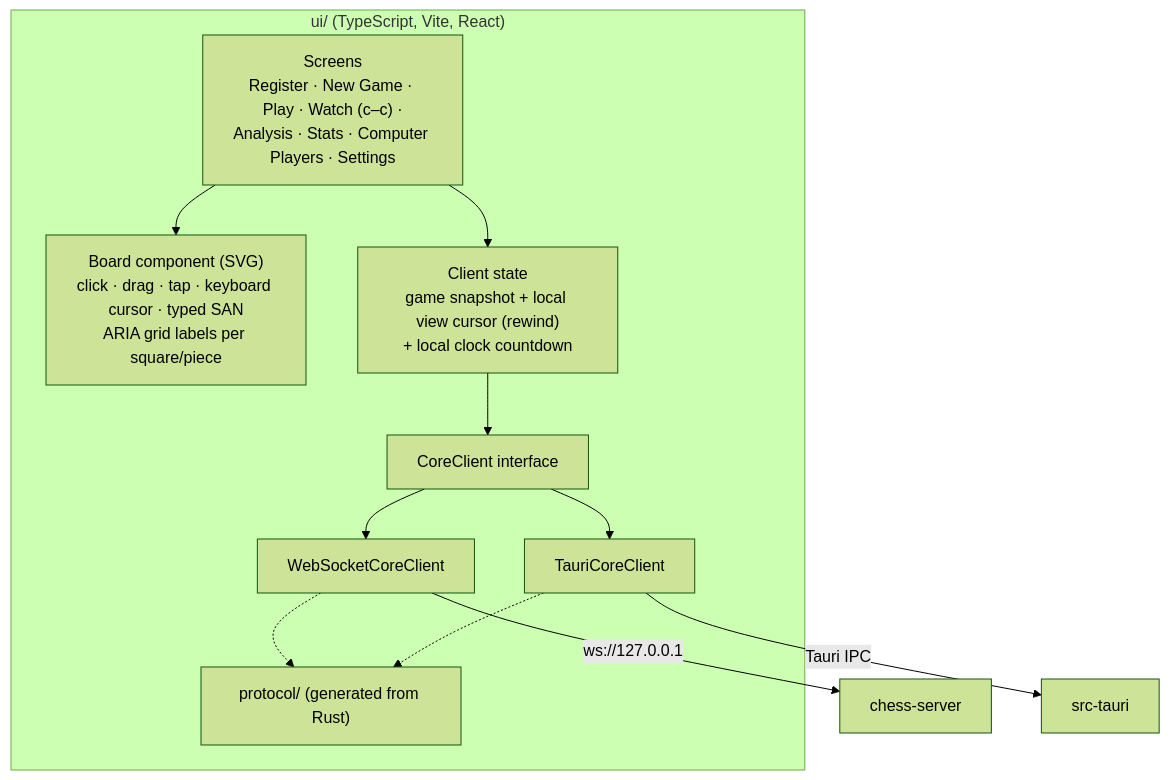
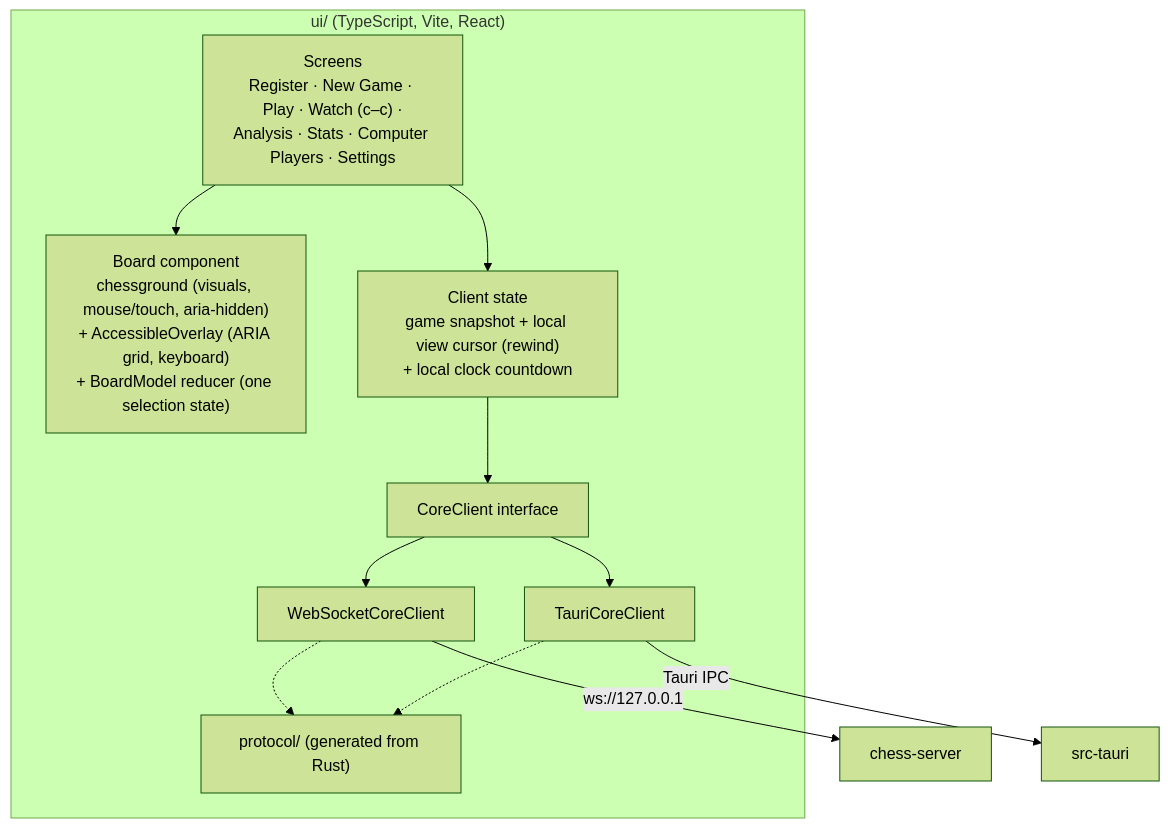
The ninth of 11 diagrams in docs/architecture.md (bprascher/chess), drawn with Mermaid (forest theme) before and after one commit. The commit also changed other lines of this file and 6 other files, not shown here.

First line of the commit message:
Decide GUI board (D-4): chessground with accessible keyboard overlay

````diff
--- a/docs/architecture.md
+++ b/docs/architecture.md
@@ -514,21 +516,21 @@
 ```mermaid
 flowchart TB
     subgraph ui["ui/ (TypeScript, Vite, React)"]
         screens["Screens<br/>Register · New Game · Play · Watch (c–c) ·<br/>Analysis · Stats · Computer Players · Settings"]
-        board["Board component (SVG)<br/>click · drag · tap · keyboard cursor · typed SAN<br/>ARIA grid labels per square/piece"]
+        board["Board component<br/>chessground (visuals, mouse/touch, aria-hidden)<br/>+ AccessibleOverlay (ARIA grid, keyboard)<br/>+ BoardModel reducer (one selection state)"]
         store["Client state<br/>game snapshot + local view cursor (rewind)<br/>+ local clock countdown"]
         client["CoreClient interface"]
         ws["WebSocketCoreClient"]
         tc["TauriCoreClient"]
         gen["protocol/ (generated from Rust)"]
         screens --> board
         screens --> store
         store --> client
         client --> ws
         client --> tc
         ws -.-> gen
         tc -.-> gen
     end
     ws -- "ws://127.0.0.1" --> server["chess-server"]
     tc -- "Tauri IPC" --> tauri["src-tauri"]
 ```
````
